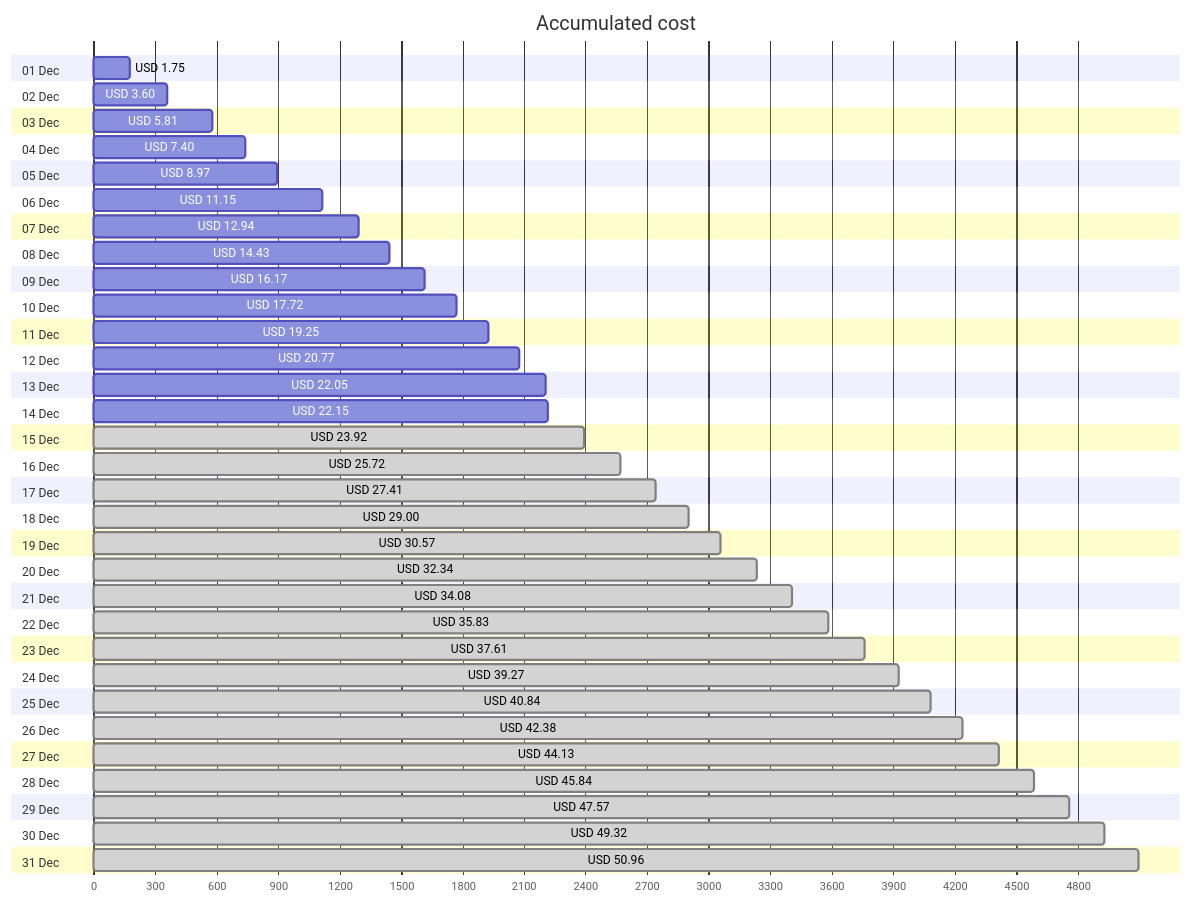
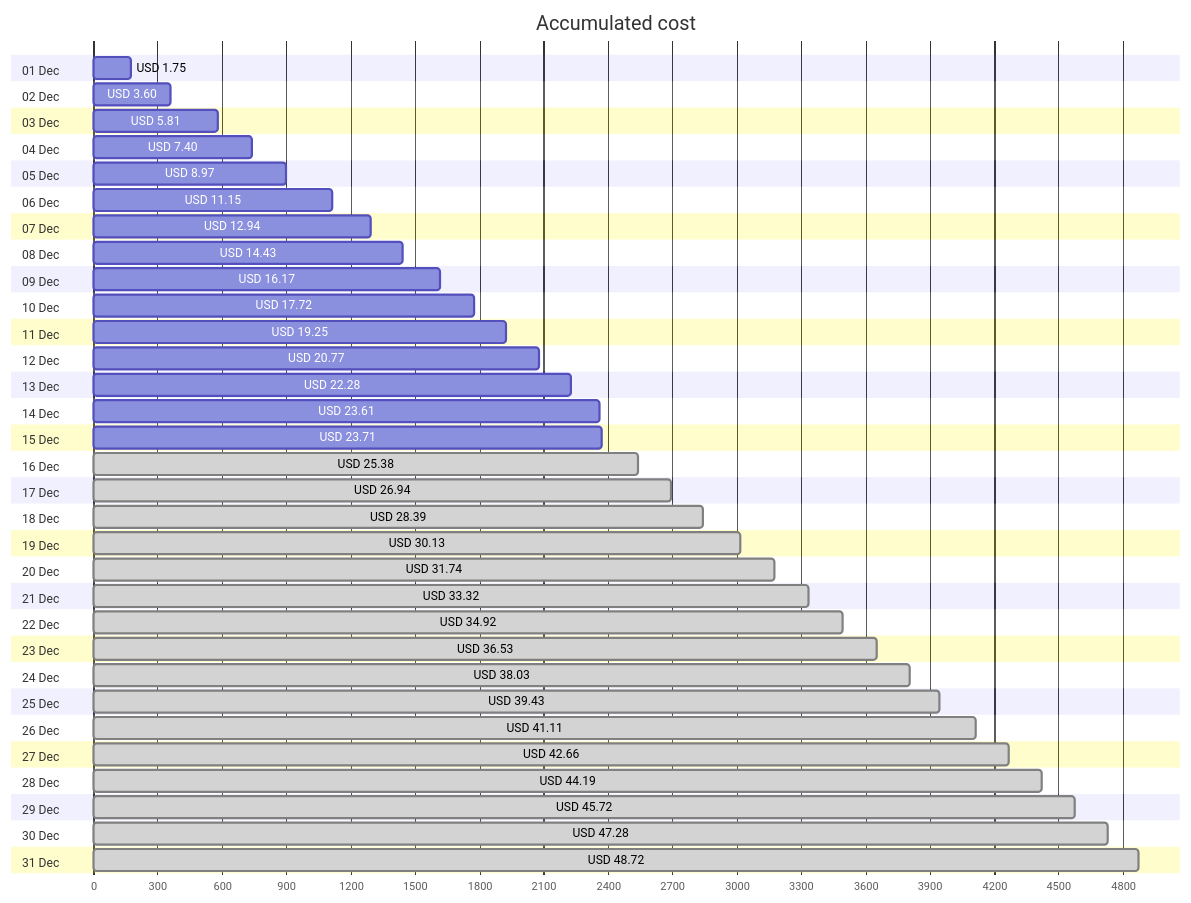
Before and after one commit to jpfulton/azure-personal-reports: the first of 4 diagrams in cost-reports/personal-network/README.md, drawn with Mermaid. The commit also changed other lines of this file and 8 other files, not shown here.

````diff
--- a/cost-reports/personal-network/README.md
+++ b/cost-reports/personal-network/README.md
@@ -20,68 +20,68 @@
 ```mermaid
 gantt
    title Accumulated cost
    dateFormat  X
    axisFormat %s
    section 01 Dec
    USD 1.75 :0, 175
    section 02 Dec
    USD 3.60 :0, 360
    section 03 Dec
    USD 5.81 :0, 581
    section 04 Dec
    USD 7.40 :0, 740
    section 05 Dec
    USD 8.97 :0, 897
    section 06 Dec
    USD 11.15 :0, 1115
    section 07 Dec
    USD 12.94 :0, 1294
    section 08 Dec
    USD 14.43 :0, 1443
    section 09 Dec
    USD 16.17 :0, 1617
    section 10 Dec
    USD 17.72 :0, 1772
    section 11 Dec
    USD 19.25 :0, 1925
    section 12 Dec
    USD 20.77 :0, 2077
    section 13 Dec
-   USD 22.05 :0, 2205
+   USD 22.28 :0, 2228
    section 14 Dec
-   USD 22.15 :0, 2215
+   USD 23.61 :0, 2361
    section 15 Dec
-   USD 23.92 : done, 0, 2392
+   USD 23.71 :0, 2371
    section 16 Dec
-   USD 25.72 : done, 0, 2572
+   USD 25.38 : done, 0, 2538
    section 17 Dec
-   USD 27.41 : done, 0, 2741
+   USD 26.94 : done, 0, 2694
    section 18 Dec
-   USD 29.00 : done, 0, 2900
+   USD 28.39 : done, 0, 2839
    section 19 Dec
-   USD 30.57 : done, 0, 3057
+   USD 30.13 : done, 0, 3013
    section 20 Dec
-   USD 32.34 : done, 0, 3234
+   USD 31.74 : done, 0, 3174
    section 21 Dec
-   USD 34.08 : done, 0, 3408
+   USD 33.32 : done, 0, 3332
    section 22 Dec
-   USD 35.83 : done, 0, 3583
+   USD 34.92 : done, 0, 3492
    section 23 Dec
-   USD 37.61 : done, 0, 3761
+   USD 36.53 : done, 0, 3653
    section 24 Dec
-   USD 39.27 : done, 0, 3927
+   USD 38.03 : done, 0, 3803
    section 25 Dec
-   USD 40.84 : done, 0, 4084
+   USD 39.43 : done, 0, 3943
    section 26 Dec
-   USD 42.38 : done, 0, 4238
+   USD 41.11 : done, 0, 4111
    section 27 Dec
-   USD 44.13 : done, 0, 4413
+   USD 42.66 : done, 0, 4266
    section 28 Dec
-   USD 45.84 : done, 0, 4584
+   USD 44.19 : done, 0, 4419
    section 29 Dec
-   USD 47.57 : done, 0, 4757
+   USD 45.72 : done, 0, 4572
    section 30 Dec
-   USD 49.32 : done, 0, 4932
+   USD 47.28 : done, 0, 4728
    section 31 Dec
-   USD 50.96 : done, 0, 5096
+   USD 48.72 : done, 0, 4872
 ```
````
